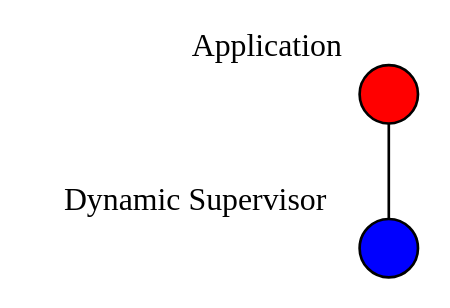
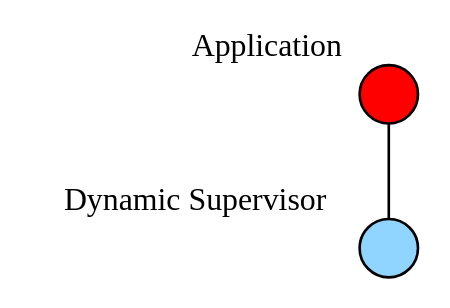
The tenth of 14 diagrams in presentation.org (dont-rely-on-nulls/gambiconf-2025), drawn with Graphviz before and after one commit. The commit also changed other lines of this file and 25 other files, not shown here.

```diff
--- a/presentation.org
+++ b/presentation.org
@@ -316,24 +636,24 @@
-#+BEGIN_SRC dot :file ./img/erlang_app_structure_iii.png :cmdline -Kdot -Tpng :exports results
+#+BEGIN_SRC dot :file ./img/erlang_app_structure_iii_1.png :cmdline -Kdot -Tpng :exports results
 graph g {
   ratio=fill
   splines=spline
   overlap=scale
   
   node [
     label="", 
     xlabel="",
     shape=circle,
     fixedsize=true,
     width=0.3,
     color="black",
     fillcolor="white",
     style="filled,solid",
     fontsize=12
   ]
   
   app [xlabel="Application", pos="1,1", fillcolor="red"]
-  sup [xlabel="Dynamic Supervisor", pos="1,1", fillcolor="blue"]
+  sup [xlabel="Dynamic Supervisor", pos="1,1", fillcolor="#90D5FF"]
 
   app -- sup
 }
 #+END_SRC
```
